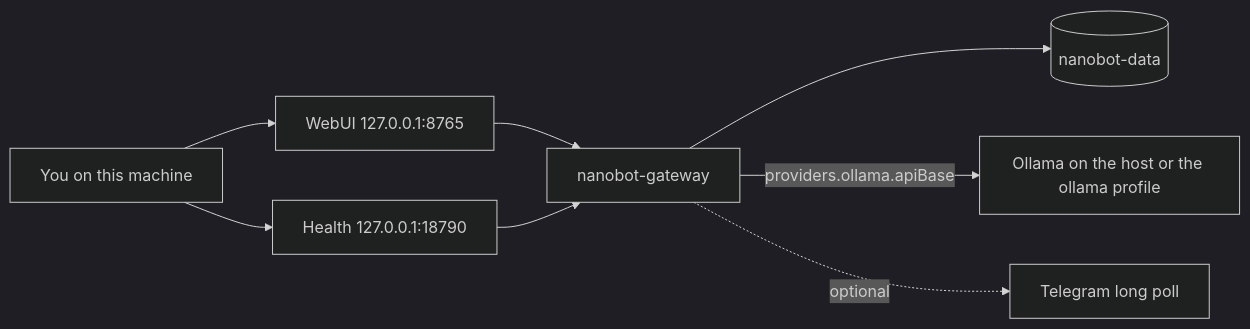
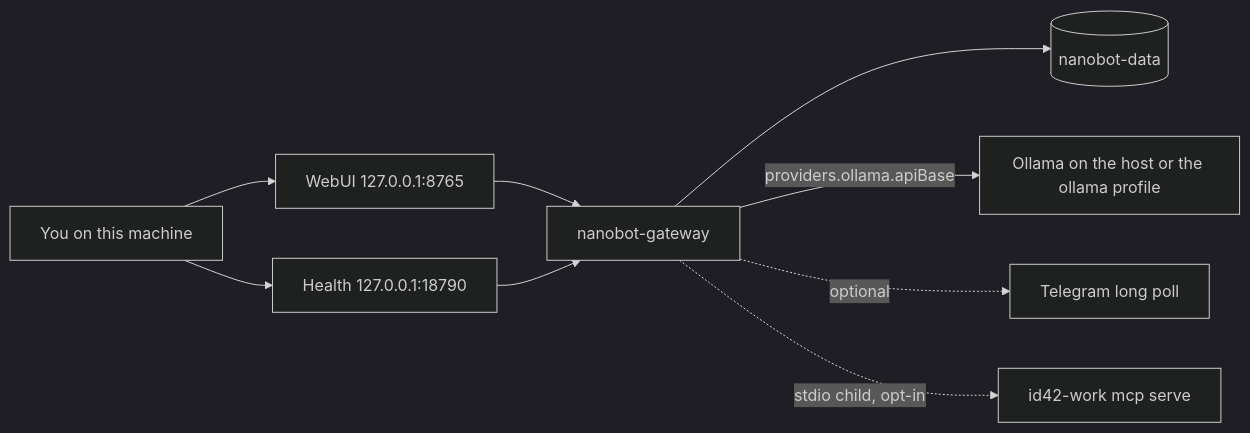
The diagram in docs/architecture.md (ID42Studio/id42-agent), drawn with Mermaid (dark theme) before and after one commit. The commit also changed other lines of this file and 19 other files, not shown here.

First line of the commit message:
feat: install id42-work and attach its MCP server over stdio

````diff
--- a/docs/architecture.md
+++ b/docs/architecture.md
@@ -3,18 +3,19 @@
 ```mermaid
 flowchart LR
   user[You on this machine]
   web[WebUI 127.0.0.1:8765]
   health[Health 127.0.0.1:18790]
   gateway[nanobot-gateway]
   volume[(nanobot-data)]
   ollama[Ollama on the host or the ollama profile]
   telegram[Telegram long poll]
 
   user --> web
   user --> health
   web --> gateway
   health --> gateway
   gateway --> volume
   gateway -->|"providers.ollama.apiBase"| ollama
   gateway -.->|optional| telegram
+  gateway -.->|"stdio child, opt-in"| work["id42-work mcp serve"]
 ```
````
